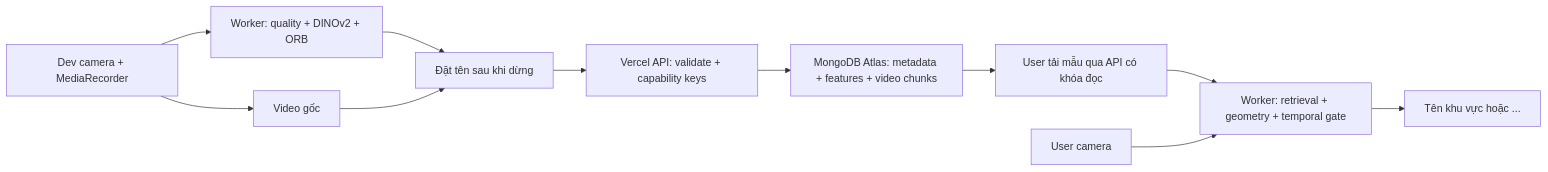
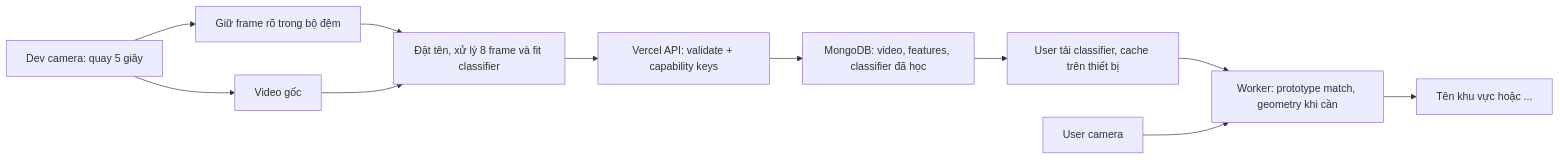
One commit to dakiemdarktharr/NoSleepClub_HIST changed the diagram in README.md. Above: the diagram before and after it, drawn with Mermaid. The commit also changed other lines of this file and 16 other files, not shown here.

````diff
--- a/README.md
+++ b/README.md
@@ -38,13 +41,13 @@
 ```mermaid
 flowchart LR
-  A[Dev camera + MediaRecorder] --> B[Worker: quality + DINOv2 + ORB]
+  A[Dev camera: quay 5 giây] --> B[Giữ frame rõ trong bộ đệm]
   A --> C[Video gốc]
-  B --> D[Đặt tên sau khi dừng]
+  B --> D[Đặt tên, xử lý 8 frame và fit classifier]
   C --> D
   D --> E[Vercel API: validate + capability keys]
-  E --> F[MongoDB Atlas: metadata + features + video chunks]
-  F --> G[User tải mẫu qua API có khóa đọc]
-  G --> H[Worker: retrieval + geometry + temporal gate]
+  E --> F[MongoDB: video, features, classifier đã học]
+  F --> G[User tải classifier, cache trên thiết bị]
+  G --> H[Worker: prototype match, geometry khi cần]
   I[User camera] --> H
   H --> J[Tên khu vực hoặc ...]
 ```
````
